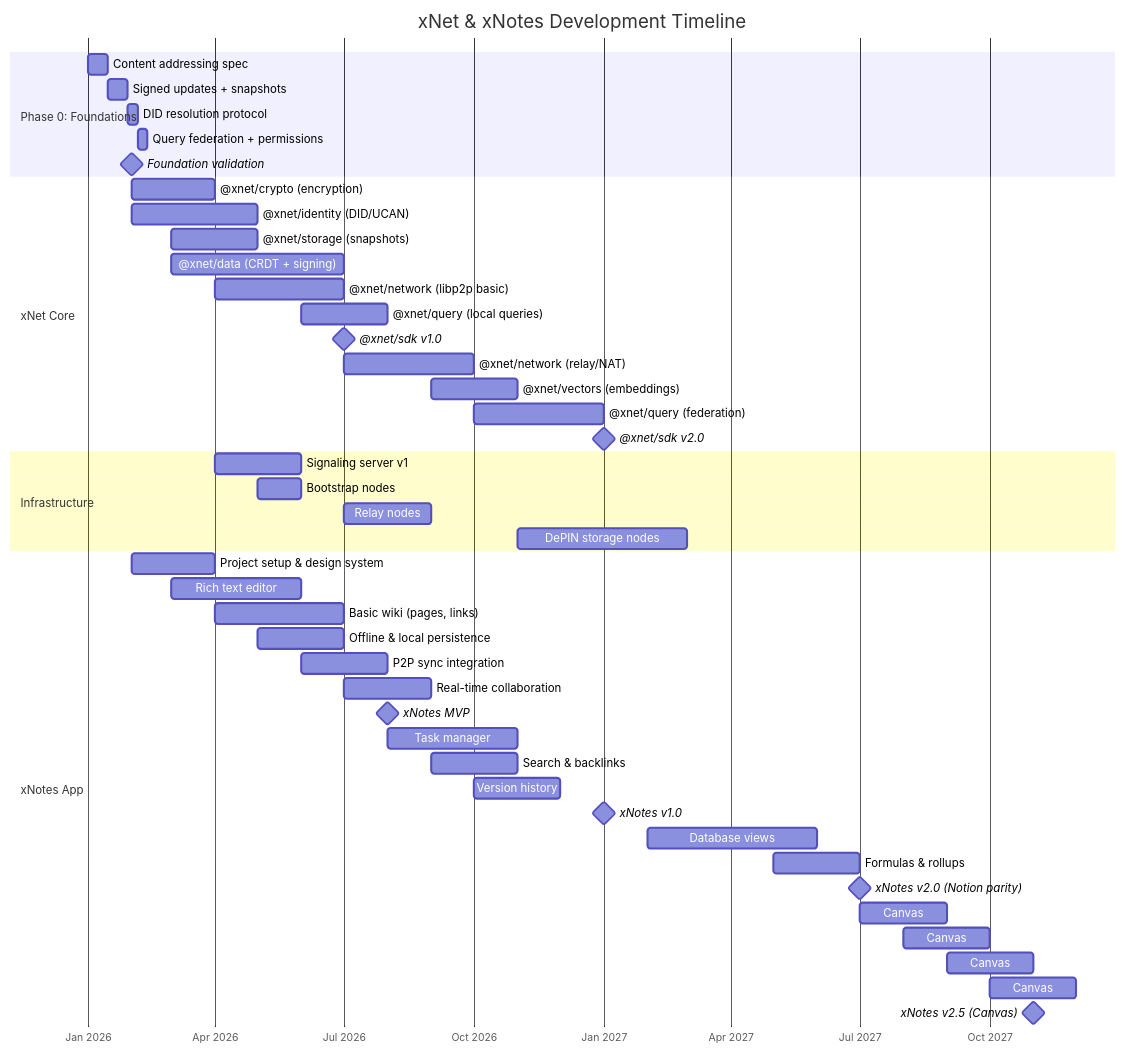
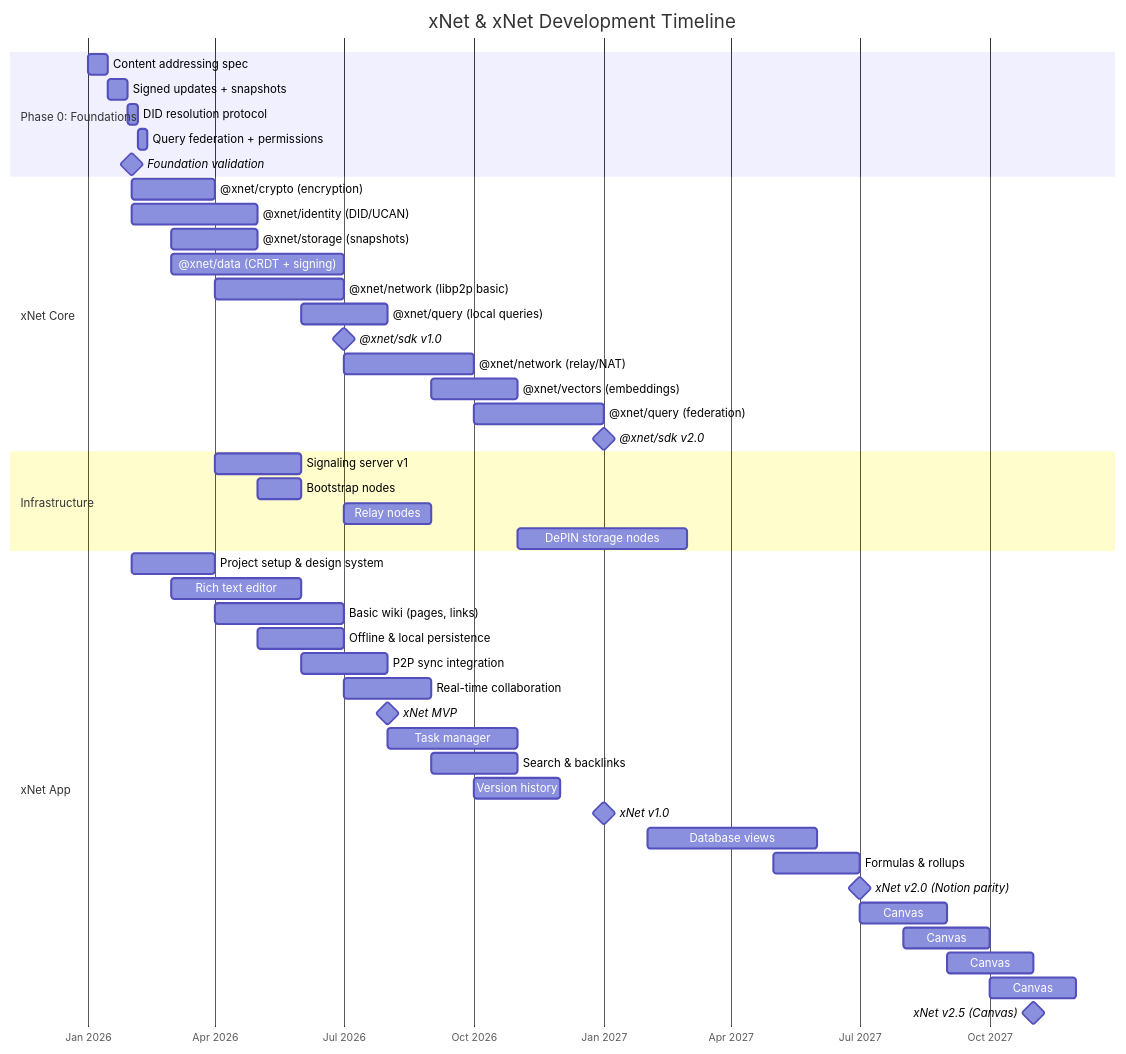
One commit to crs48/xNet changed the first of 3 diagrams in docs/plan/02-development-timeline.md. Above: the diagram before and after it, drawn with Mermaid. The commit also changed other lines of this file and 44 other files, not shown here.

First line of the commit message:
Rename xNotes to xNet throughout codebase

````diff
--- a/docs/plan/02-development-timeline.md
+++ b/docs/plan/02-development-timeline.md
@@ -19,53 +19,53 @@
 ```mermaid
 gantt
-    title xNet & xNotes Development Timeline
+    title xNet & xNet Development Timeline
     dateFormat  YYYY-MM
     axisFormat  %b %Y
 
     section Phase 0: Foundations
     Content addressing spec         :f1, 2026-01, 2w
     Signed updates + snapshots      :f2, after f1, 2w
     DID resolution protocol         :f3, after f2, 1w
     Query federation + permissions  :f4, after f3, 1w
     Foundation validation           :milestone, 2026-02, 0d
 
     section xNet Core
     @xnet/crypto (encryption)       :xc1, 2026-02, 2M
     @xnet/identity (DID/UCAN)       :xc2, 2026-02, 3M
     @xnet/storage (snapshots)       :xc3, 2026-03, 2M
     @xnet/data (CRDT + signing)     :xc4, 2026-03, 4M
     @xnet/network (libp2p basic)    :xc5, 2026-04, 3M
     @xnet/query (local queries)     :xc6, 2026-06, 2M
     @xnet/sdk v1.0                  :milestone, 2026-07, 0d
     @xnet/network (relay/NAT)       :xc7, 2026-07, 3M
     @xnet/vectors (embeddings)      :xc8, 2026-09, 2M
     @xnet/query (federation)        :xc9, 2026-10, 3M
     @xnet/sdk v2.0                  :milestone, 2027-01, 0d
 
     section Infrastructure
     Signaling server v1             :xi1, 2026-04, 2M
     Bootstrap nodes                 :xi2, 2026-05, 1M
     Relay nodes                     :xi3, 2026-07, 2M
     DePIN storage nodes             :xi4, 2026-11, 4M
 
-    section xNotes App
+    section xNet App
     Project setup & design system   :xn1, 2026-02, 2M
     Rich text editor                :xn2, 2026-03, 3M
     Basic wiki (pages, links)       :xn3, 2026-04, 3M
     Offline & local persistence     :xn4, 2026-05, 2M
     P2P sync integration            :xn5, 2026-06, 2M
     Real-time collaboration         :xn6, 2026-07, 2M
-    xNotes MVP                      :milestone, 2026-08, 0d
+    xNet MVP                      :milestone, 2026-08, 0d
     Task manager                    :xn7, 2026-08, 3M
     Search & backlinks              :xn8, 2026-09, 2M
     Version history                 :xn9, 2026-10, 2M
-    xNotes v1.0                     :milestone, 2027-01, 0d
+    xNet v1.0                     :milestone, 2027-01, 0d
     Database views                  :xn10, 2027-02, 4M
     Formulas & rollups              :xn11, 2027-05, 2M
-    xNotes v2.0 (Notion parity)     :milestone, 2027-07, 0d
+    xNet v2.0 (Notion parity)     :milestone, 2027-07, 0d
     Canvas: spatial indexing        :xn12, 2027-07, 2M
     Canvas: node rendering          :xn13, 2027-08, 2M
     Canvas: auto-layout             :xn14, 2027-09, 2M
     Canvas: embedded editing        :xn15, 2027-10, 2M
-    xNotes v2.5 (Canvas)            :milestone, 2027-11, 0d
+    xNet v2.5 (Canvas)            :milestone, 2027-11, 0d
 ```
````
